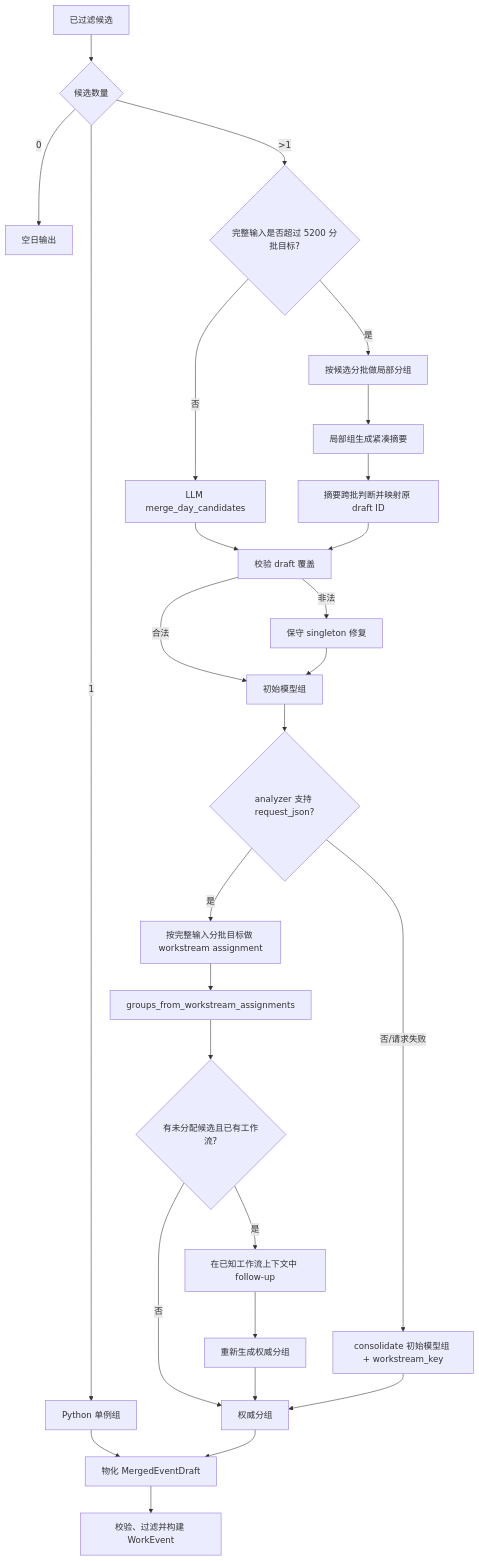
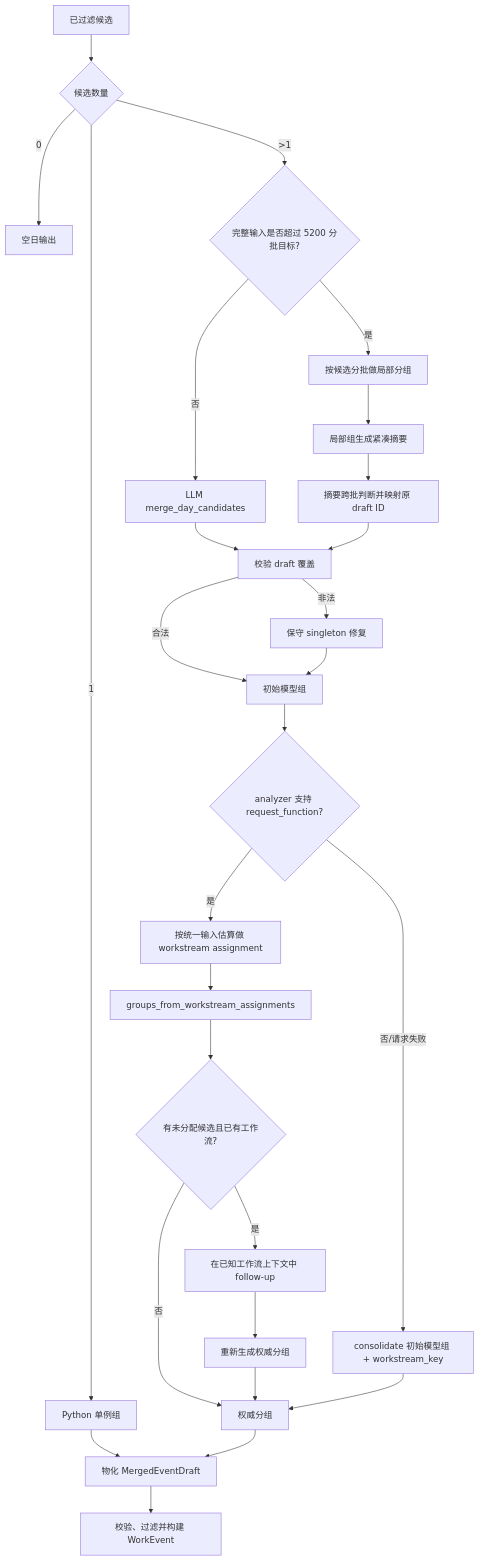
One commit to sunweisheng/WorkTrace changed the diagram in docs/cross-conversation-merge-design.md. Above: the diagram before and after it, drawn with Mermaid. The commit also changed other lines of this file and 46 other files, not shown here.

````diff
--- a/docs/cross-conversation-merge-design.md
+++ b/docs/cross-conversation-merge-design.md
@@ -36,29 +36,29 @@
 ```mermaid
 flowchart TD
     A["已过滤候选"] --> B{"候选数量"}
     B -->|"0"| C["空日输出"]
     B -->|"1"| D["Python 单例组"]
     B -->|">1"| E{"完整输入是否超过 5200 分批目标?"}
     E -->|"否"| F0["LLM merge_day_candidates"]
     E -->|"是"| E1["按候选分批做局部分组"]
     E1 --> E2["局部组生成紧凑摘要"]
     E2 --> E3["摘要跨批判断并映射原 draft ID"]
     F0 --> F["校验 draft 覆盖"]
     E3 --> F
     F -->|"非法"| G["保守 singleton 修复"]
     F -->|"合法"| H["初始模型组"]
     G --> H
-    H --> I{"analyzer 支持 request_json?"}
-    I -->|"是"| J["按完整输入分批目标做 workstream assignment"]
+    H --> I{"analyzer 支持 request_function?"}
+    I -->|"是"| J["按统一输入估算做 workstream assignment"]
     J --> K["groups_from_workstream_assignments"]
     K --> L{"有未分配候选且已有工作流?"}
     L -->|"是"| M["在已知工作流上下文中 follow-up"]
     M --> N["重新生成权威分组"]
     L -->|"否"| O["权威分组"]
     N --> O
     I -->|"否/请求失败"| P["consolidate 初始模型组 + workstream_key"]
     P --> O
     D --> Q["物化 MergedEventDraft"]
     O --> Q
     Q --> R["校验、过滤并构建 WorkEvent"]
 ```
````
